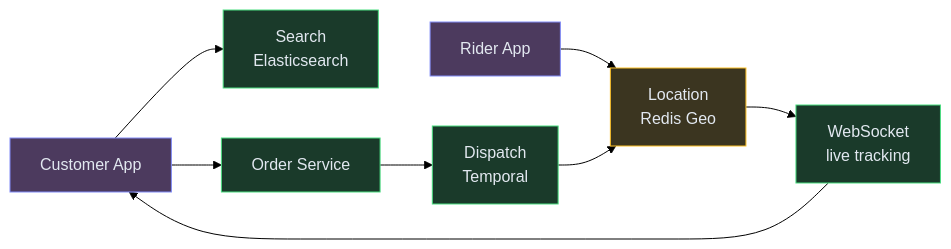
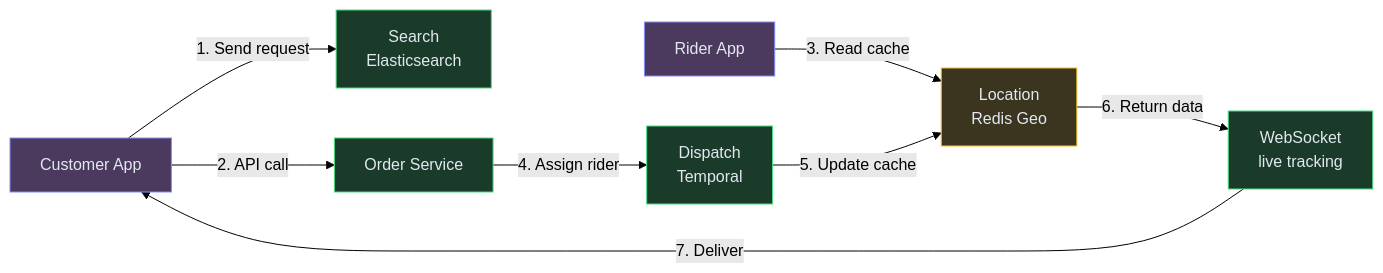
The first of 12 diagrams in content/hld/Zomato.md (iluzn/HLD-Designs), drawn with Mermaid (forest theme) before and after one commit. The commit also changed other lines of this file and 27 other files, not shown here.

````diff
--- a/content/hld/Zomato.md
+++ b/content/hld/Zomato.md
@@ -21,22 +21,22 @@
 ```mermaid
 flowchart LR
     CUST["Customer App"]:::client
     RIDER["Rider App"]:::client
     SEARCH["Search<br/>Elasticsearch"]:::service
     ORDER["Order Service"]:::service
     LOC["Location<br/>Redis Geo"]:::data
     MATCH["Dispatch<br/>Temporal"]:::service
     WS["WebSocket<br/>live tracking"]:::service
 
-    CUST --> SEARCH
-    CUST --> ORDER
-    RIDER --> LOC
-    ORDER --> MATCH
-    MATCH --> LOC
-    LOC --> WS
-    WS --> CUST
+    CUST -->|"1. Send request"| SEARCH
+    CUST -->|"2. API call"| ORDER
+    RIDER -->|"3. Read cache"| LOC
+    ORDER -->|"4. Assign rider"| MATCH
+    MATCH -->|"5. Update cache"| LOC
+    LOC -->|"6. Return data"| WS
+    WS -->|"7. Deliver"| CUST
 
     classDef client fill:#4c3a5e,stroke:#818cf8,color:#e2e8f0
     classDef service fill:#1a3a2a,stroke:#4ade80,color:#e2e8f0
     classDef data fill:#3b3520,stroke:#fbbf24,color:#e2e8f0
 ```
````
